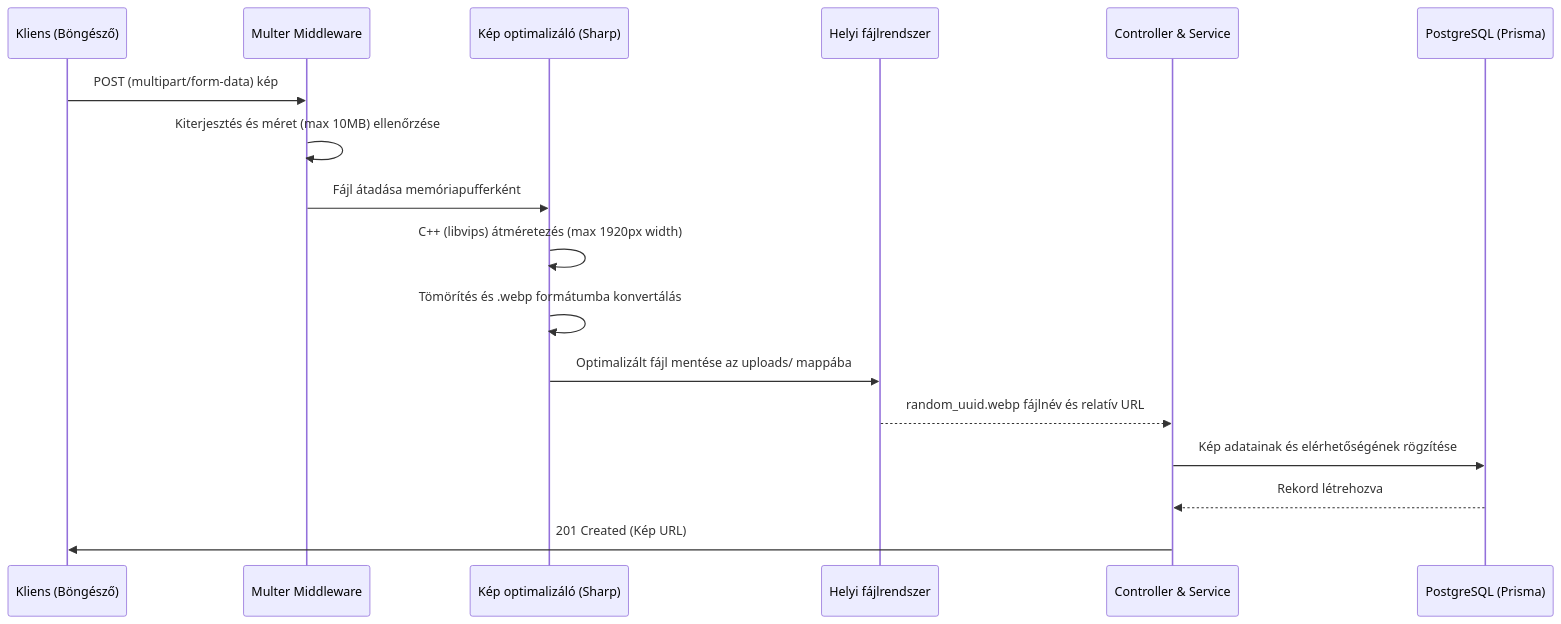
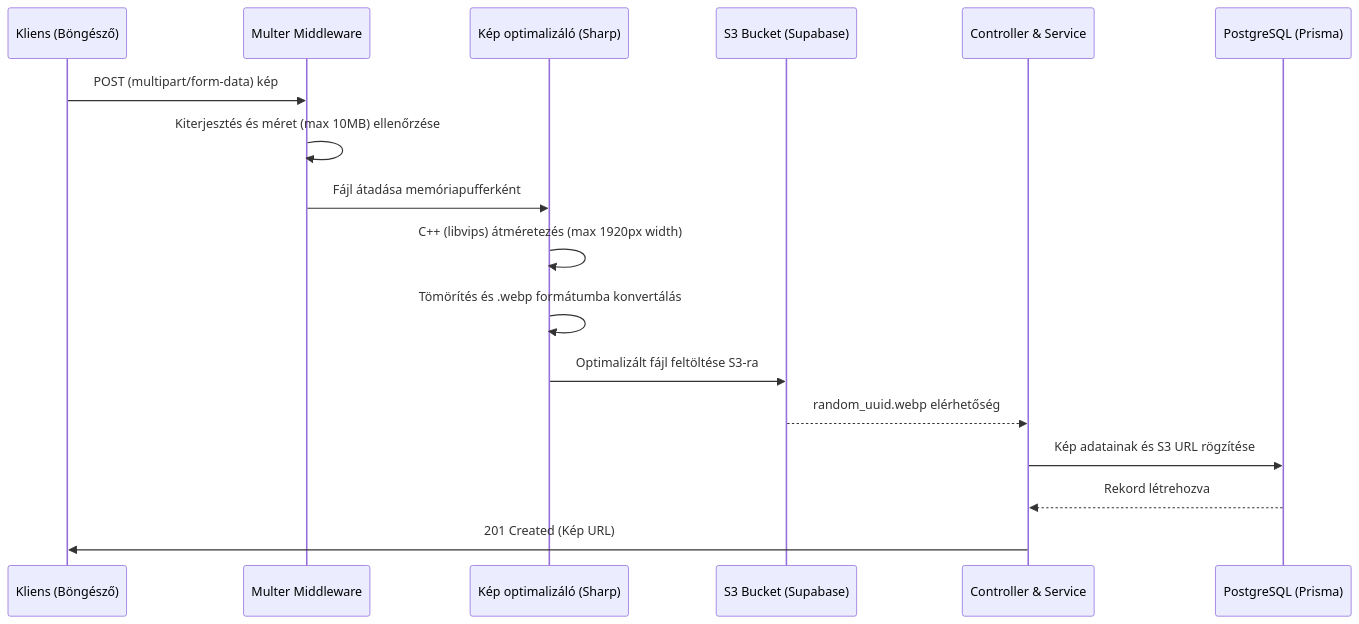
One commit to DrozsdikAdam/dual-kepzes-backend changed the ninth of 10 diagrams in README.md. Above: the diagram before and after it, drawn with Mermaid. The commit also changed other lines of this file and 1 other file, not shown here.

````diff
--- a/README.md
+++ b/README.md
@@ -535,20 +545,20 @@
 ```mermaid
 sequenceDiagram
     participant C as Kliens (Böngésző)
     participant MW as Multer Middleware
     participant U as Kép optimalizáló (Sharp)
-    participant FS as Helyi fájlrendszer
+    participant S3 as S3 Bucket (Supabase)
     participant S as Controller & Service
     participant DB as PostgreSQL (Prisma)
 
     C->>MW: POST (multipart/form-data) kép
     MW->>MW: Kiterjesztés és méret (max 10MB) ellenőrzése
     MW->>U: Fájl átadása memóriapufferként
     U->>U: C++ (libvips) átméretezés (max 1920px width)
     U->>U: Tömörítés és .webp formátumba konvertálás
-    U->>FS: Optimalizált fájl mentése az uploads/ mappába
-    FS-->>S: random_uuid.webp fájlnév és relatív URL
-    S->>DB: Kép adatainak és elérhetőségének rögzítése
+    U->>S3: Optimalizált fájl feltöltése S3-ra
+    S3-->>S: random_uuid.webp elérhetőség
+    S->>DB: Kép adatainak és S3 URL rögzítése
     DB-->>S: Rekord létrehozva
     S->>C: 201 Created (Kép URL)
 ```
````
